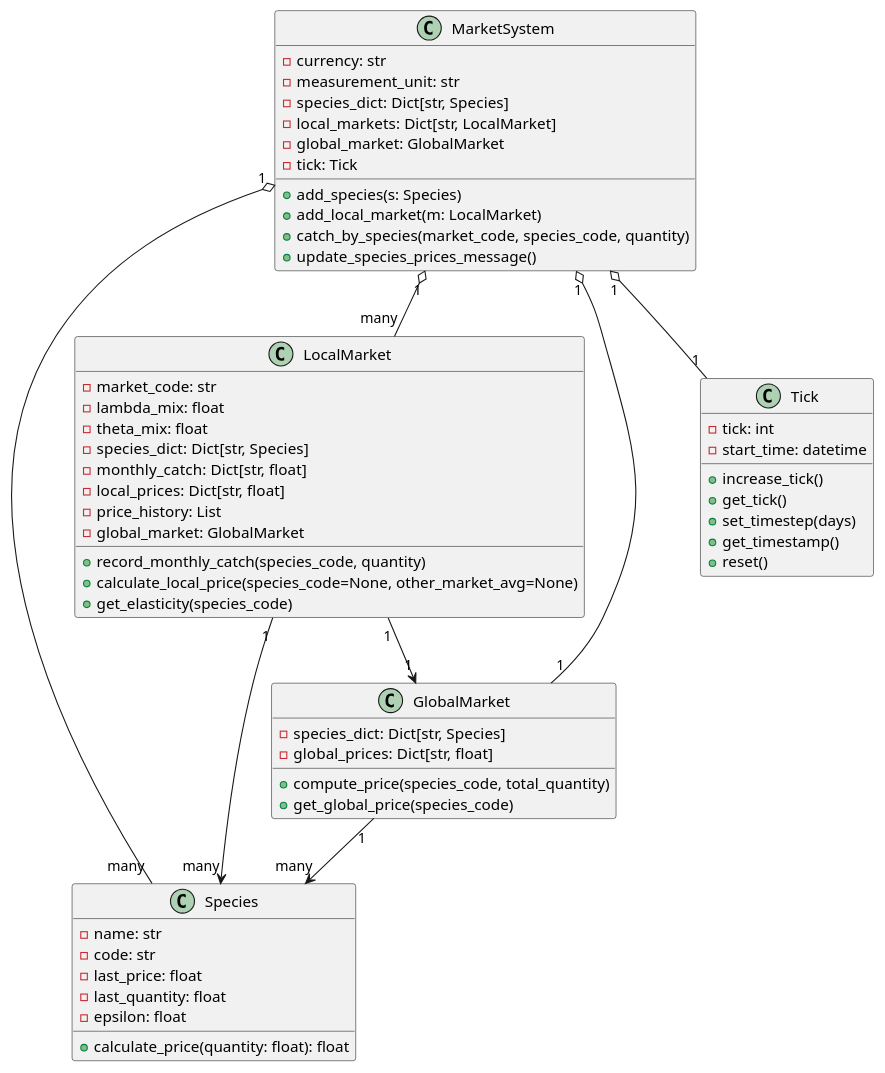
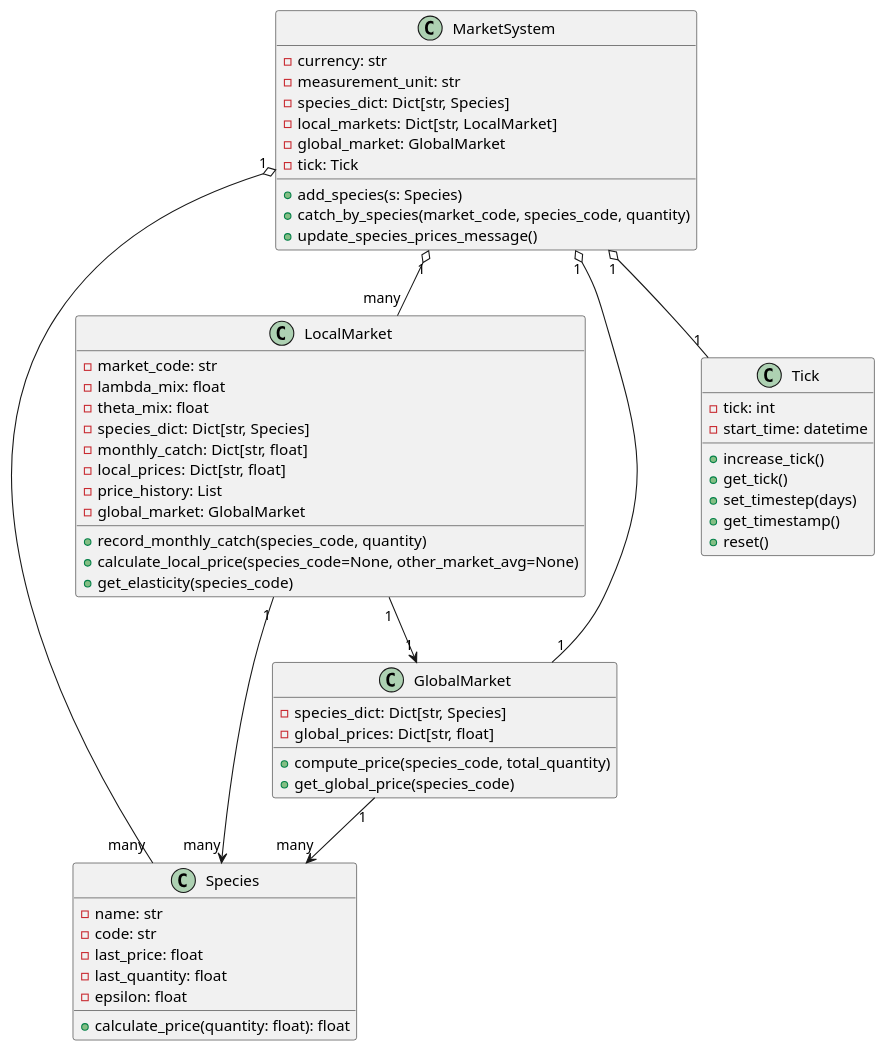
Before and after one commit to SURIMI-Project/SURIMI-market: the diagram in doc/SURIMI_market_domain.plantuml, drawn with PlantUML. The commit also changed 2 other files, not shown here.

```diff
--- a/doc/SURIMI_market_domain.plantuml
+++ b/doc/SURIMI_market_domain.plantuml
@@ -1,64 +1,63 @@
 @startuml MarketSystemDomain
 
 class MarketSystem {
   - currency: str
   - measurement_unit: str
   - species_dict: Dict[str, Species]
   - local_markets: Dict[str, LocalMarket]
   - global_market: GlobalMarket
   - tick: Tick
   + add_species(s: Species)
-  + add_local_market(m: LocalMarket)
   + catch_by_species(market_code, species_code, quantity)
   + update_species_prices_message()
 }
 
 class Species {
   - name: str
   - code: str
   - last_price: float
   - last_quantity: float
   - epsilon: float
   + calculate_price(quantity: float): float
 }
 
 class LocalMarket {
   - market_code: str
   - lambda_mix: float
   - theta_mix: float
   - species_dict: Dict[str, Species]
   - monthly_catch: Dict[str, float]
   - local_prices: Dict[str, float]
   - price_history: List
   - global_market: GlobalMarket
   + record_monthly_catch(species_code, quantity)
   + calculate_local_price(species_code=None, other_market_avg=None)
   + get_elasticity(species_code)
 }
 
 class GlobalMarket {
   - species_dict: Dict[str, Species]
   - global_prices: Dict[str, float]
   + compute_price(species_code, total_quantity)
   + get_global_price(species_code)
 }
 
 class Tick {
   - tick: int
   - start_time: datetime
   + increase_tick()
   + get_tick()
   + set_timestep(days)
   + get_timestamp()
   + reset()
 }
 
 MarketSystem "1" o-- "many" Species
 MarketSystem "1" o-- "many" LocalMarket
 MarketSystem "1" o-- "1" GlobalMarket
 LocalMarket "1" --> "1" GlobalMarket
 LocalMarket "1" --> "many" Species
 GlobalMarket "1" --> "many" Species
 MarketSystem "1" o-- "1" Tick
 
 @enduml
```
